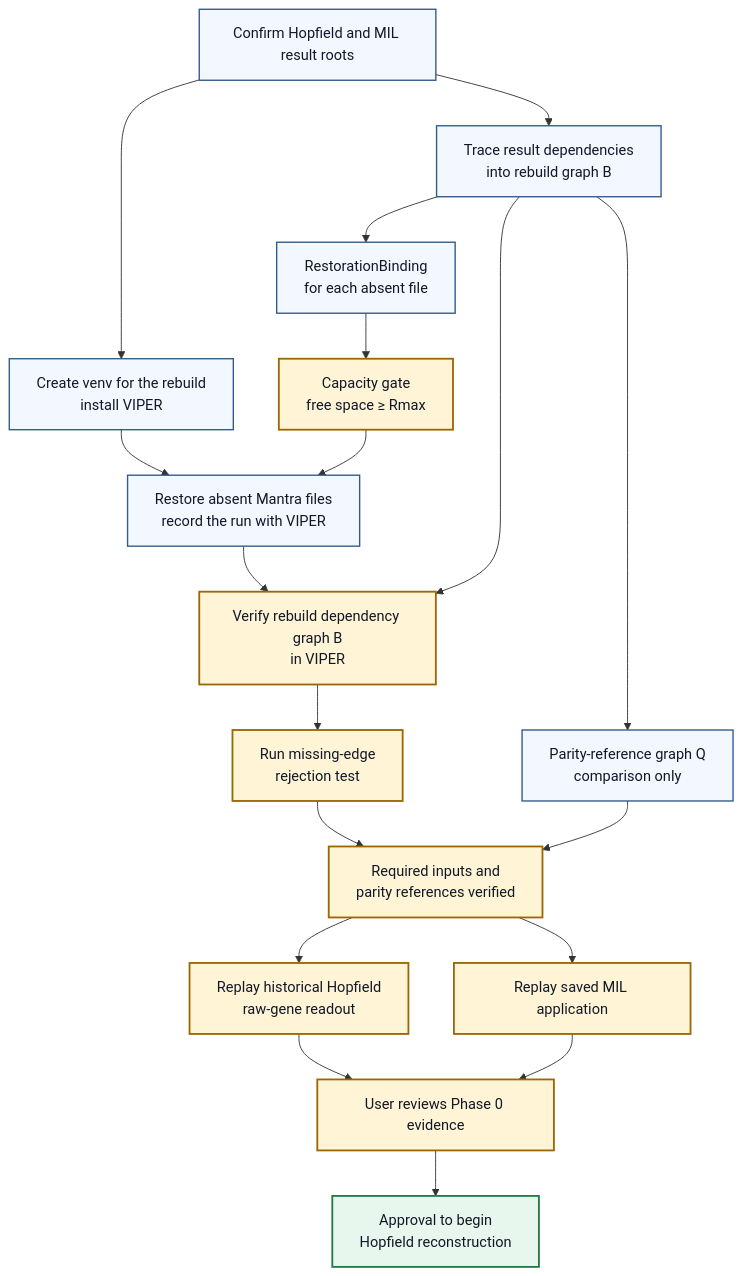
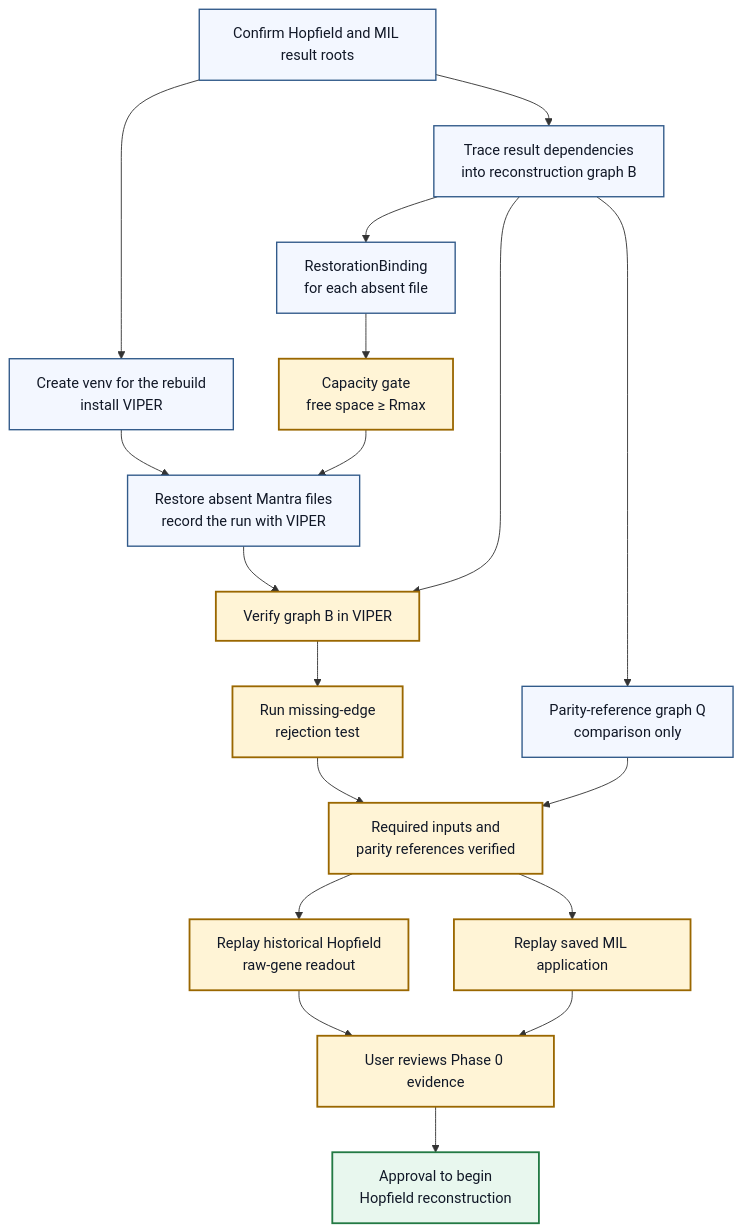
The diagram in docs/contracts/mantra-rebuild-phase-0.md (pvd232/RICO), drawn with Mermaid before and after one commit. The commit also changed other lines of this file, not shown here.

Commit message:
Rename the reconstruction graph clearly

````diff
--- a/docs/contracts/mantra-rebuild-phase-0.md
+++ b/docs/contracts/mantra-rebuild-phase-0.md
@@ -99,42 +99,42 @@
 ```mermaid
 flowchart TB
     roots["Confirm Hopfield and MIL result roots"]
     environment["Create venv for the rebuild<br/>install VIPER"]
-    trace["Trace result dependencies<br/>into rebuild graph B"]
+    trace["Trace result dependencies<br/>into reconstruction graph B"]
     binding["RestorationBinding<br/>for each absent file"]
     parity["Parity-reference graph Q<br/>comparison only"]
     capacity["Capacity gate<br/>free space ≥ Rmax"]
     restore["Restore absent Mantra files <br/> record the run with VIPER"]
-    verify["Verify rebuild dependency graph B<br/>in VIPER"]
+    verify["Verify graph B in VIPER"]
     rejection_test["Run missing-edge<br/>rejection test"]
     replay_ready["Required inputs and<br/>parity references verified"]
     hopfield_replay["Replay historical Hopfield<br/>raw-gene readout"]
     mil_replay["Replay saved MIL application"]
     evidence_review["User reviews Phase 0 evidence"]
     hopfield["Approval to begin<br/>Hopfield reconstruction"]
 
     roots --> environment
     roots --> trace
     trace --> binding
     trace --> parity
     binding --> capacity
     environment --> restore
     capacity --> restore
     restore --> verify
     trace --> verify
     verify --> rejection_test
     rejection_test --> replay_ready
     parity --> replay_ready
     replay_ready --> hopfield_replay
     replay_ready --> mil_replay
     hopfield_replay --> evidence_review
     mil_replay --> evidence_review
     evidence_review --> hopfield
 
     classDef workNode fill:#f3f7ff,color:#111827,stroke:#315a8a,stroke-width:1.5px
     classDef gateNode fill:#fff4d6,color:#111827,stroke:#9a6700,stroke-width:2px
     classDef outcomeNode fill:#e8f7ee,color:#111827,stroke:#237a44,stroke-width:2px
     class roots,environment,trace,binding,parity,restore workNode
     class capacity,verify,rejection_test,replay_ready,hopfield_replay,mil_replay,evidence_review gateNode
     class hopfield outcomeNode
 ```
````
